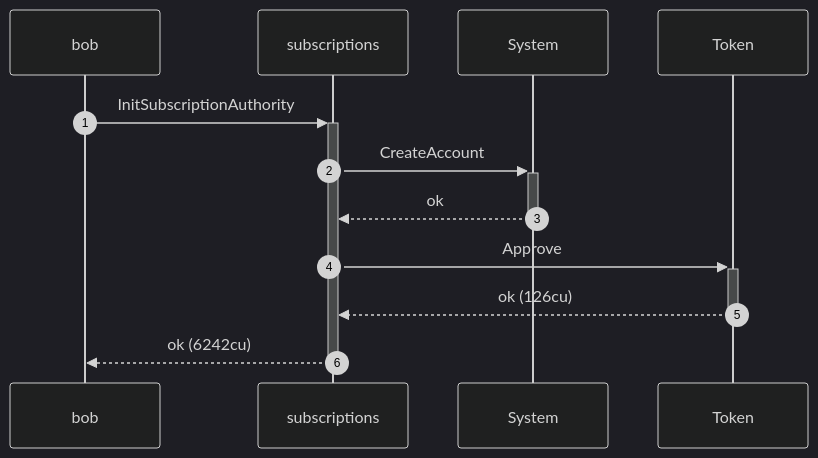
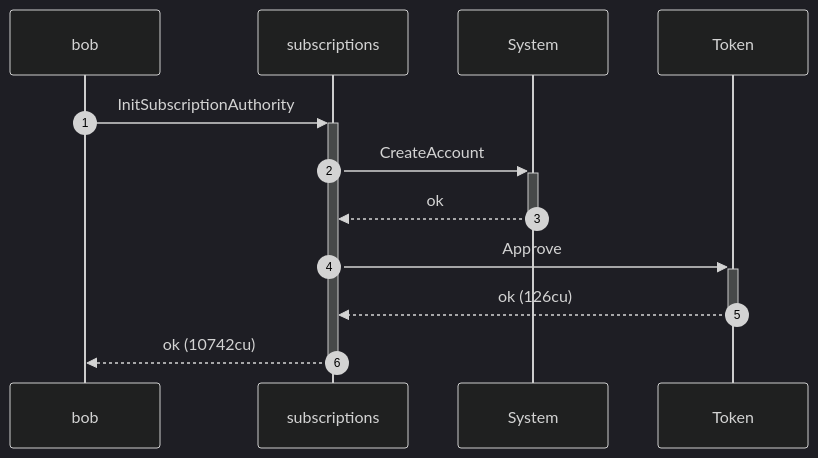
One commit to cds-rs/subscriptions changed the tenth of 16 diagrams in dsl_tests/subscribe-by-a-second-user.md. Above: the diagram before and after it, drawn with Mermaid (dark theme). The commit also changed other lines of this file and 224 other files, not shown here.

````diff
--- a/dsl_tests/subscribe-by-a-second-user.md
+++ b/dsl_tests/subscribe-by-a-second-user.md
@@ -190,14 +199,14 @@
 ```mermaid
 sequenceDiagram
     autonumber
     participant bob
     participant subscriptions
     participant System
     participant Token
     bob ->>+ subscriptions: InitSubscriptionAuthority
     subscriptions ->>+ System: CreateAccount
     System -->>- subscriptions: ok
     subscriptions ->>+ Token: Approve
     Token -->>- subscriptions: ok (126cu)
-    subscriptions -->>- bob: ok (6242cu)
+    subscriptions -->>- bob: ok (10742cu)
 ```
````
